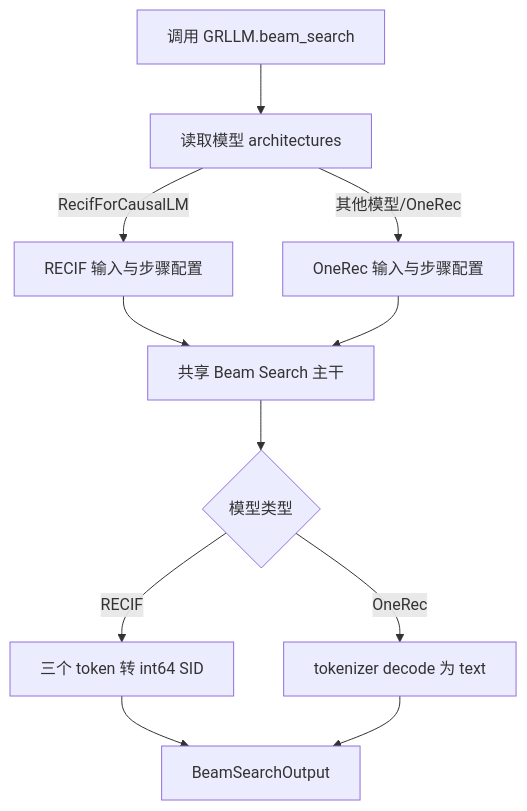
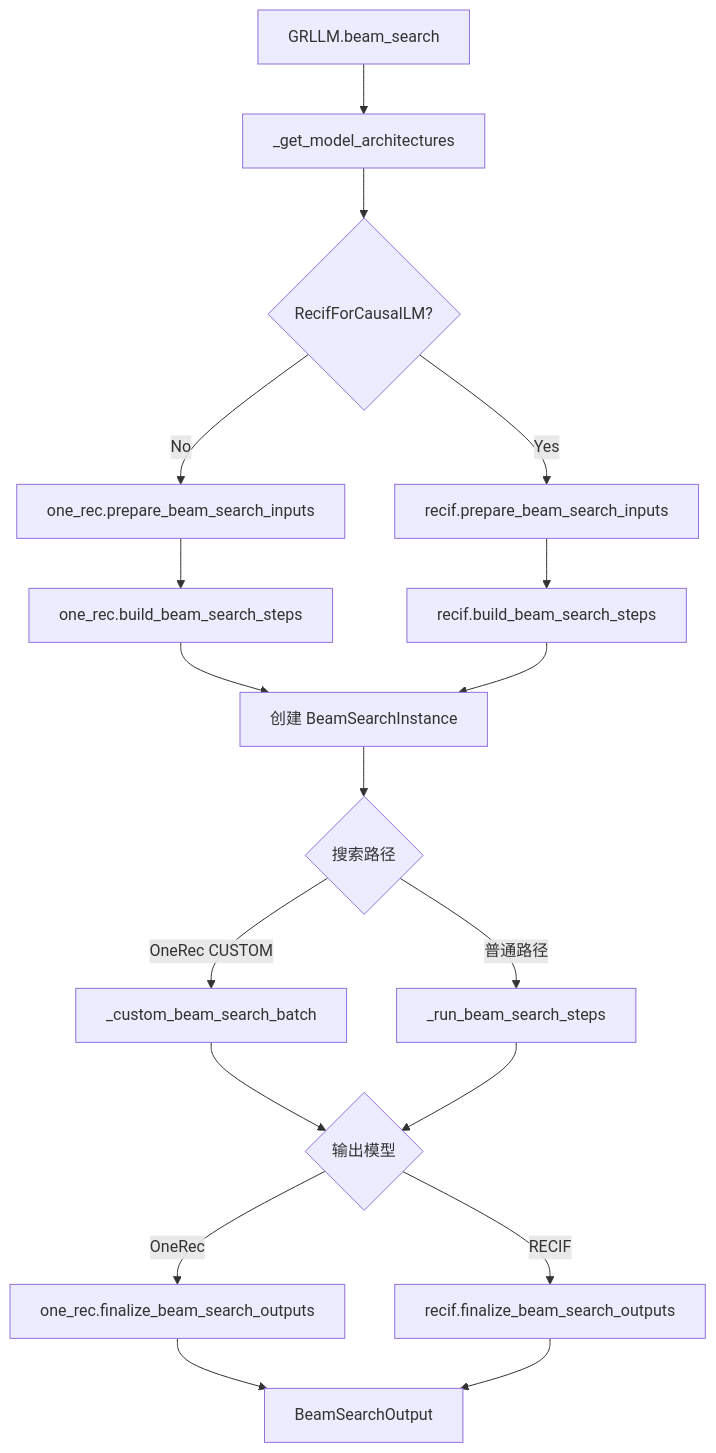
Before and after one commit to ZhiYunpenghuawei/p1: the diagram in beam_search整理文档.md, drawn with Mermaid. The commit also changed other lines of this file, not shown here.

````diff
--- a/beam_search整理文档.md
+++ b/beam_search整理文档.md
@@ -51,13 +43,25 @@
 ```mermaid
 flowchart TD
-    A[调用 GRLLM.beam_search] --> B[读取模型 architectures]
-    B -->|RecifForCausalLM| C[RECIF 输入与步骤配置]
-    B -->|其他模型/OneRec| D[OneRec 输入与步骤配置]
-    C --> E[共享 Beam Search 主干]
-    D --> E
-    E --> F{模型类型}
-    F -->|RECIF| G[三个 token 转 int64 SID]
-    F -->|OneRec| H[tokenizer decode 为 text]
-    G --> I[BeamSearchOutput]
-    H --> I
+    A[GRLLM.beam_search] --> B[_get_model_architectures]
+    B --> C{RecifForCausalLM?}
+
+    C -->|No| D[one_rec.prepare_beam_search_inputs]
+    D --> E[one_rec.build_beam_search_steps]
+
+    C -->|Yes| F[recif.prepare_beam_search_inputs]
+    F --> G[recif.build_beam_search_steps]
+
+    E --> H[创建 BeamSearchInstance]
+    G --> H
+
+    H --> I{搜索路径}
+    I -->|OneRec CUSTOM| J[_custom_beam_search_batch]
+    I -->|普通路径| K[_run_beam_search_steps]
+
+    J --> L{输出模型}
+    K --> L
+    L -->|OneRec| M[one_rec.finalize_beam_search_outputs]
+    L -->|RECIF| N[recif.finalize_beam_search_outputs]
+    M --> O[BeamSearchOutput]
+    N --> O
 ```
````
